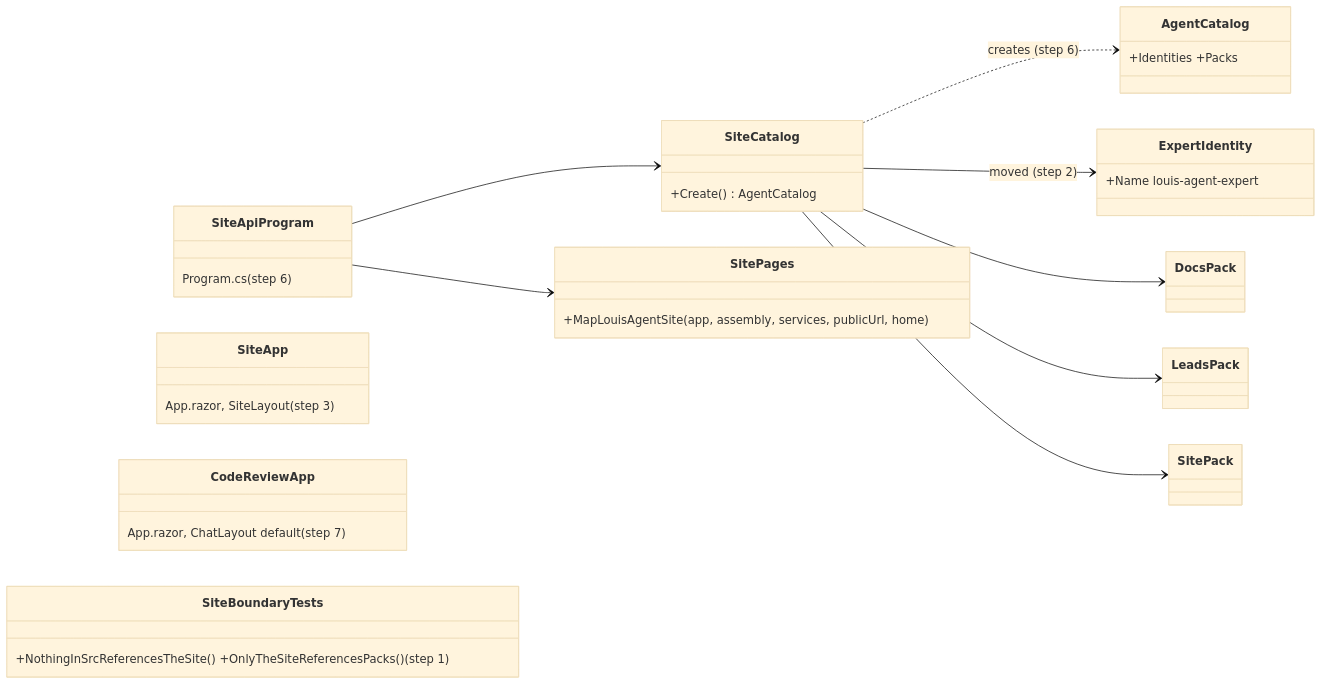
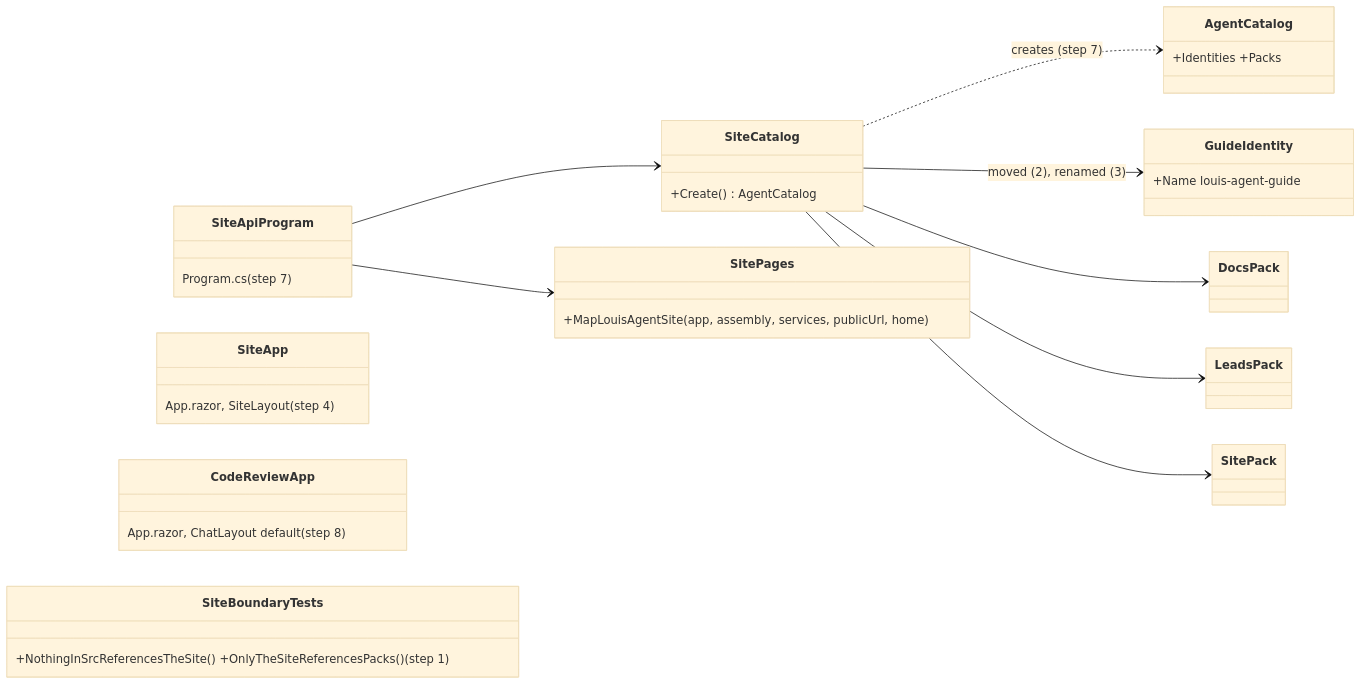
The first of 4 diagrams in src/docs/plans/F124-the-frameworks-website.md (bosbevk/louis-agent), drawn with Mermaid (base theme) before and after one commit. The commit also changed other lines of this file and 1 other file, not shown here.

Commit message:
docs(f124): the plan with Louis's picks - 1A, 2A, 3B (the guide renamed louis-agent-guide)

````diff
--- a/src/docs/plans/F124-the-frameworks-website.md
+++ b/src/docs/plans/F124-the-frameworks-website.md
@@ -48,22 +59,22 @@
 ```mermaid
 classDiagram
     direction LR
     class AgentCatalog { +Identities +Packs }
     class SiteCatalog { +Create() AgentCatalog }
-    class ExpertIdentity { +Name louis-agent-expert }
+    class GuideIdentity { +Name louis-agent-guide }
     class DocsPack
     class LeadsPack
     class SitePack
-    SiteCatalog ..> AgentCatalog : creates (step 6)
-    SiteCatalog --> ExpertIdentity : moved (step 2)
+    SiteCatalog ..> AgentCatalog : creates (step 7)
+    SiteCatalog --> GuideIdentity : moved (2), renamed (3)
     SiteCatalog --> DocsPack
     SiteCatalog --> LeadsPack
     SiteCatalog --> SitePack
     class SitePages { +MapLouisAgentSite(app, assembly, services, publicUrl, home) }
-    class SiteApiProgram { Program.cs (step 6) }
+    class SiteApiProgram { Program.cs (step 7) }
     SiteApiProgram --> SiteCatalog
     SiteApiProgram --> SitePages
-    class SiteApp { App.razor, SiteLayout (step 3) }
-    class CodeReviewApp { App.razor, ChatLayout default (step 7) }
+    class SiteApp { App.razor, SiteLayout (step 4) }
+    class CodeReviewApp { App.razor, ChatLayout default (step 8) }
     class SiteBoundaryTests { +NothingInSrcReferencesTheSite() +OnlyTheSiteReferencesPacks() (step 1) }
 ```
````
